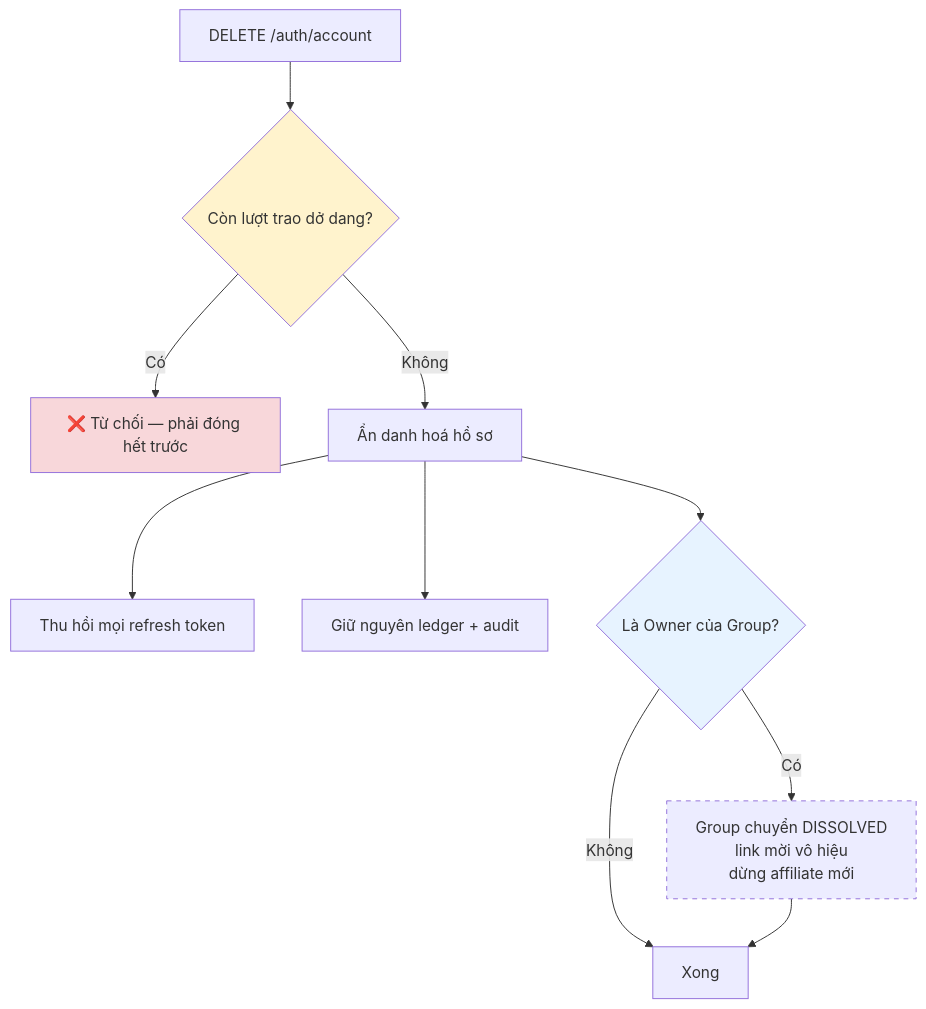
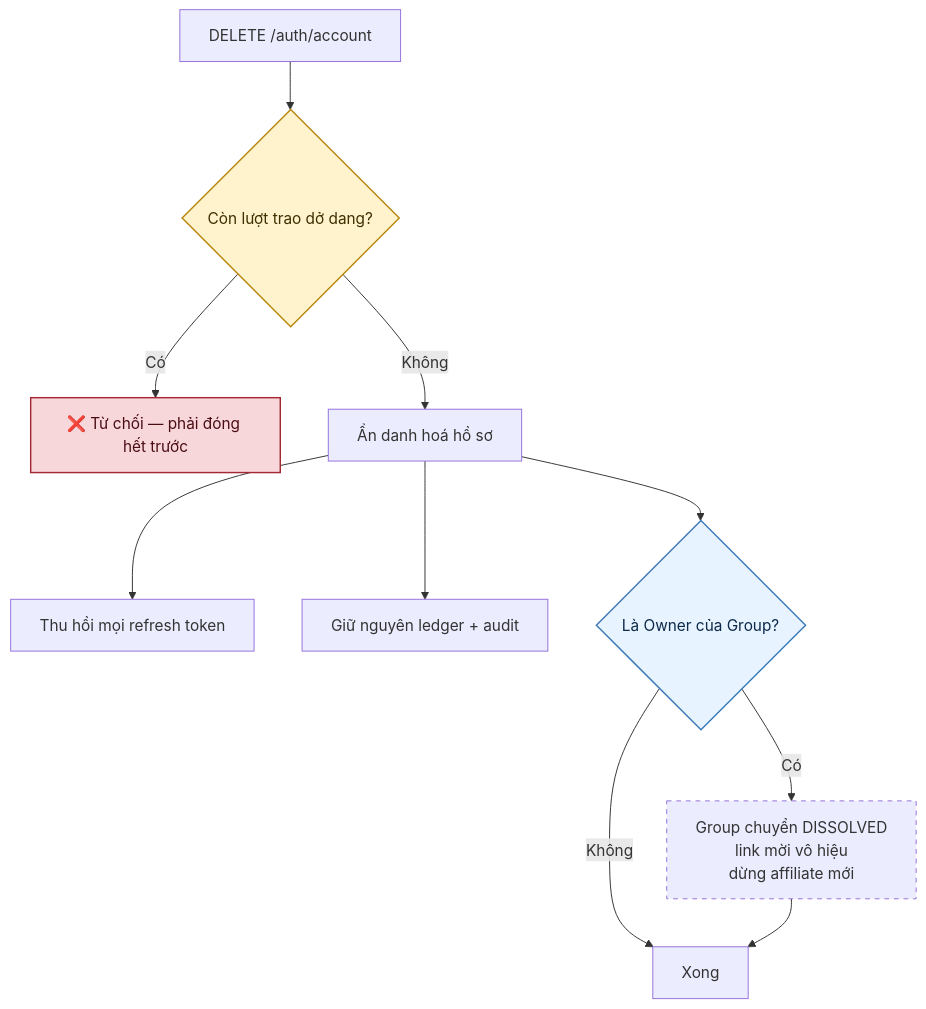
One commit to fdshn/trueheart changed the fourth of 4 diagrams in docs/diagram/01-auth.md. Above: the diagram before and after it, drawn with Mermaid. The commit also changed other lines of this file and 30 other files, not shown here.

First line of the commit message:
docs(diagram): chữ trong khối tô màu đọc được ở cả giao diện sáng và tối

````diff
--- a/docs/diagram/01-auth.md
+++ b/docs/diagram/01-auth.md
@@ -136,17 +136,17 @@
 ```mermaid
 flowchart TD
     A[DELETE /auth/account] --> B{Còn lượt trao dở dang?}
     B -->|Có| C[❌ Từ chối — phải đóng hết trước]
     B -->|Không| D[Ẩn danh hoá hồ sơ]
     D --> E[Thu hồi mọi refresh token]
     D --> F[Giữ nguyên ledger + audit]
     D --> G{Là Owner của Group?}
     G -->|Có| H[Group chuyển DISSOLVED<br/>link mời vô hiệu<br/>dừng affiliate mới]
     G -->|Không| I[Xong]
     H --> I
 
-    style B fill:#fff3cd
-    style C fill:#f8d7da
-    style G fill:#e7f3ff
+    style B fill:#fff3cd,stroke:#b8860b,stroke-width:1.5px,color:#3d2f00
+    style C fill:#f8d7da,stroke:#a52834,stroke-width:1.5px,color:#4a0d13
+    style G fill:#e7f3ff,stroke:#3d7ab8,stroke-width:1.5px,color:#0d2a4a
     style H stroke-dasharray: 5 5
 ```
````
